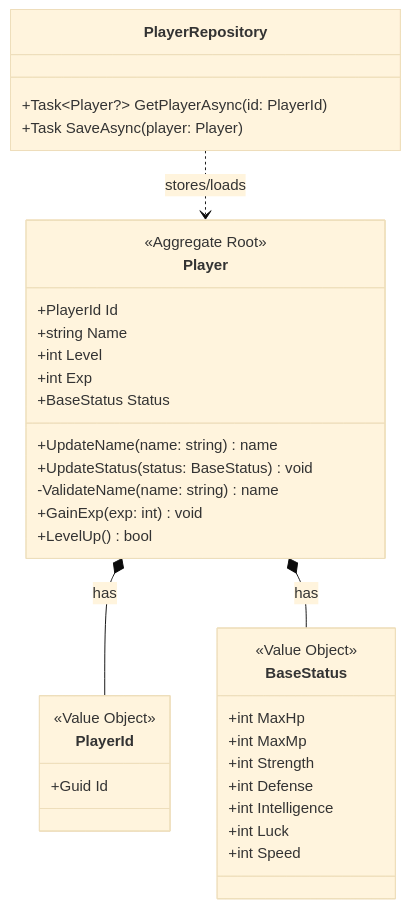
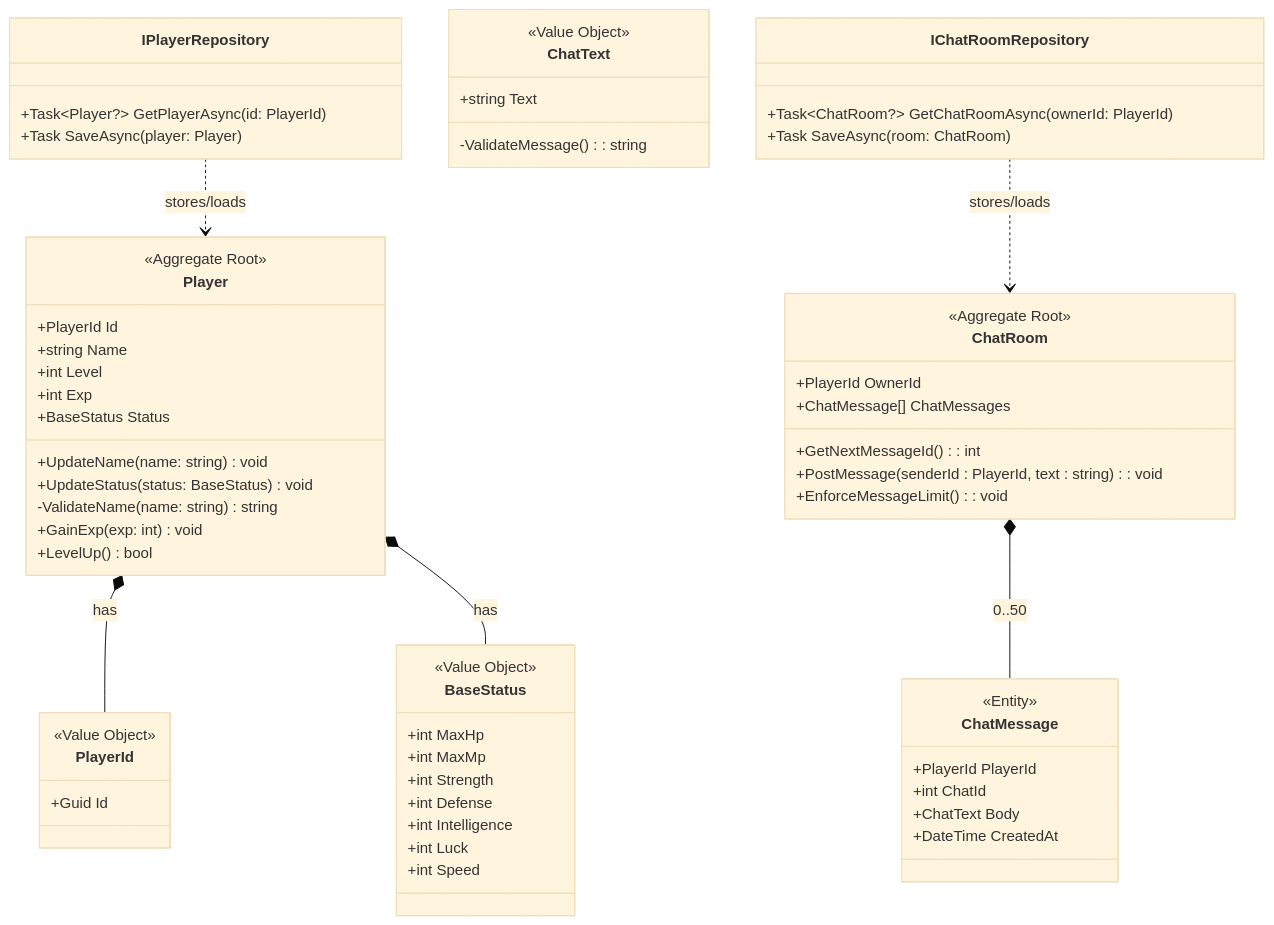
Before and after one commit to ayumu203/nisekue: the diagram in docs/01_ドメインモデル.mmd, drawn with Mermaid (base theme).

Commit message:
docs: チャットのドメインモデルを設計.

```diff
--- a/docs/01_ドメインモデル.mmd
+++ b/docs/01_ドメインモデル.mmd
@@ -1,41 +1,71 @@
 classDiagram
     %% Player の基本情報
     class Player {
         <<Aggregate Root>>
         +PlayerId Id
         +string Name
         +int Level
         +int Exp
         +BaseStatus Status
-        +UpdateName(name: string) name
+        +UpdateName(name: string) void
         +UpdateStatus(status: BaseStatus) void
-        -ValidateName(name: string) name 
+        -ValidateName(name: string) string 
         +GainExp(exp: int) void
         +LevelUp() bool
     }
 
     class PlayerId {
         <<Value Object>>
         +Guid Id
     }
-
-    class PlayerRepository {
-        +Task~Player?~ GetPlayerAsync(id: PlayerId)
-        +Task SaveAsync(player: Player)
-    }
-    Player *-- PlayerId : has
-    PlayerRepository ..> Player : stores/loads
 
     %% Player の基本ステータス
     class BaseStatus {
         <<Value Object>>
         +int MaxHp
         +int MaxMp
         +int Strength
         +int Defense
         +int Intelligence
         +int Luck
         +int Speed
     }
 
+    class IPlayerRepository {
+        +Task~Player?~ GetPlayerAsync(id: PlayerId)
+        +Task SaveAsync(player: Player)
+    }
+    Player *-- PlayerId : has
     Player *-- BaseStatus : has
+    IPlayerRepository ..> Player : stores/loads
+
+    %% ルームチャット機能
+    class ChatRoom {
+        <<Aggregate Root>>
+        +PlayerId OwnerId
+        +ChatMessage[] ChatMessages
+        +GetNextMessageId() : int
+        +PostMessage(senderId : PlayerId, text : string) : void
+        +EnforceMessageLimit() : void
+    }
+    %% メッセージ管理の単位
+    class ChatMessage {
+        <<Entity>>
+        +PlayerId PlayerId
+        +int ChatId
+        +ChatText Body
+        +DateTime CreatedAt
+    }
+    %% メッセージの文字列の値オブジェクト
+    class ChatText {
+        <<Value Object>>
+        +string Text
+        -ValidateMessage() : string
+    }
+
+    class IChatRoomRepository {
+        +Task~ChatRoom?~ GetChatRoomAsync(ownerId: PlayerId)
+        +Task SaveAsync(room: ChatRoom)
+    }
+    ChatRoom *-- ChatMessage : 0..50
+    IChatRoomRepository ..> ChatRoom : stores/loads
```
